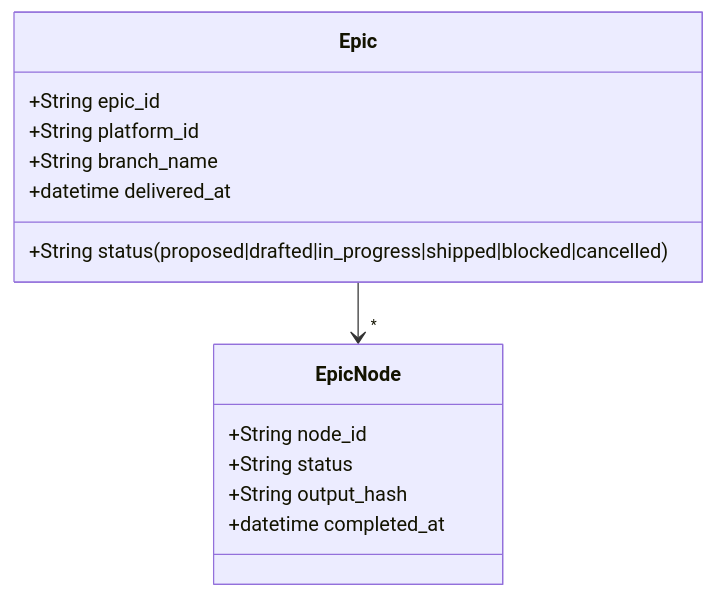
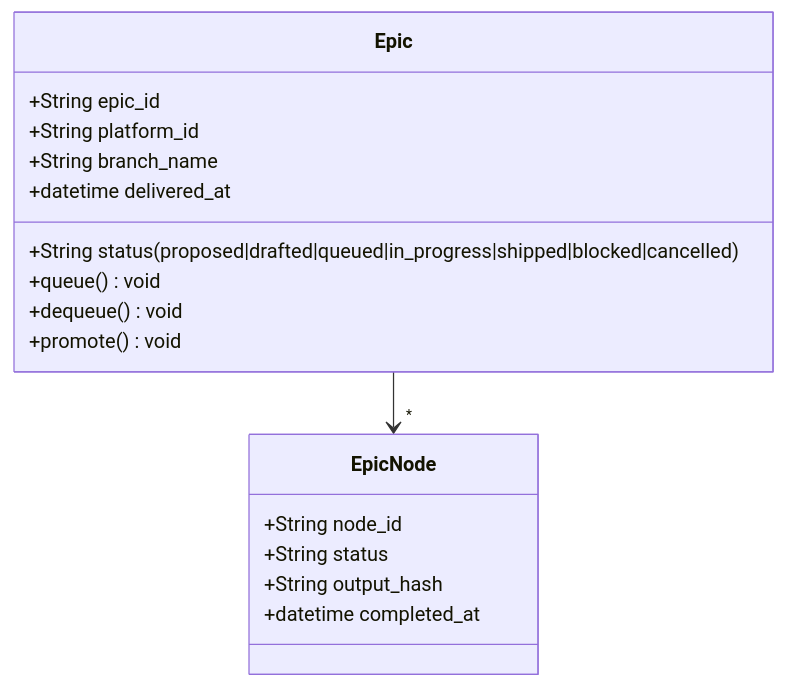
The fourth of 7 diagrams in platforms/madruga-ai/engineering/domain-model.md (paceautomations/madruga.ai), drawn with Mermaid before and after one commit. The commit also changed other lines of this file and 9 other files, not shown here.

````diff
--- a/platforms/madruga-ai/engineering/domain-model.md
+++ b/platforms/madruga-ai/engineering/domain-model.md
@@ -162,17 +162,20 @@
 ```mermaid
 classDiagram
     class Epic {
         +String epic_id
         +String platform_id
-        +String status (proposed|drafted|in_progress|shipped|blocked|cancelled)
+        +String status (proposed|drafted|queued|in_progress|shipped|blocked|cancelled)
         +String branch_name
         +datetime delivered_at
+        +queue() void
+        +dequeue() void
+        +promote() void
     }
     class EpicNode {
         +String node_id
         +String status
         +String output_hash
         +datetime completed_at
     }
     Epic --> "*" EpicNode
 ```
````
